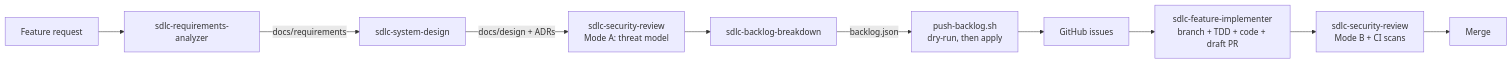
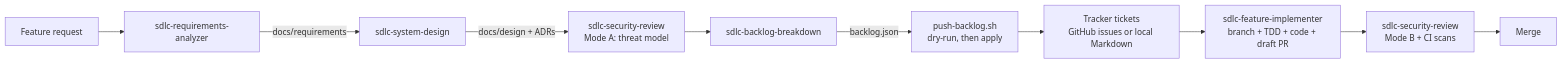
The diagram in README.md (rishikesh-net/sdlc-orchestrai), drawn with Mermaid before and after one commit. The commit also changed other lines of this file and 15 other files, not shown here.

Commit message:
feat(backlog): add pluggable tracker adapters and local Markdown tickets

````diff
--- a/README.md
+++ b/README.md
@@ -42,12 +42,12 @@
 ```mermaid
 flowchart LR
   A[Feature request] --> B[sdlc-requirements-analyzer]
   B -->|docs/requirements| C[sdlc-system-design]
   C -->|docs/design + ADRs| D[sdlc-security-review<br/>Mode A: threat model]
   D --> E[sdlc-backlog-breakdown]
   E -->|backlog.json| F[push-backlog.sh<br/>dry-run, then apply]
-  F --> G[GitHub issues]
+  F --> G[Tracker tickets<br/>GitHub issues or local Markdown]
   G --> H[sdlc-feature-implementer<br/>branch + TDD + code + draft PR]
   H --> I[sdlc-security-review<br/>Mode B + CI scans]
   I --> J[Merge]
 ```
````
